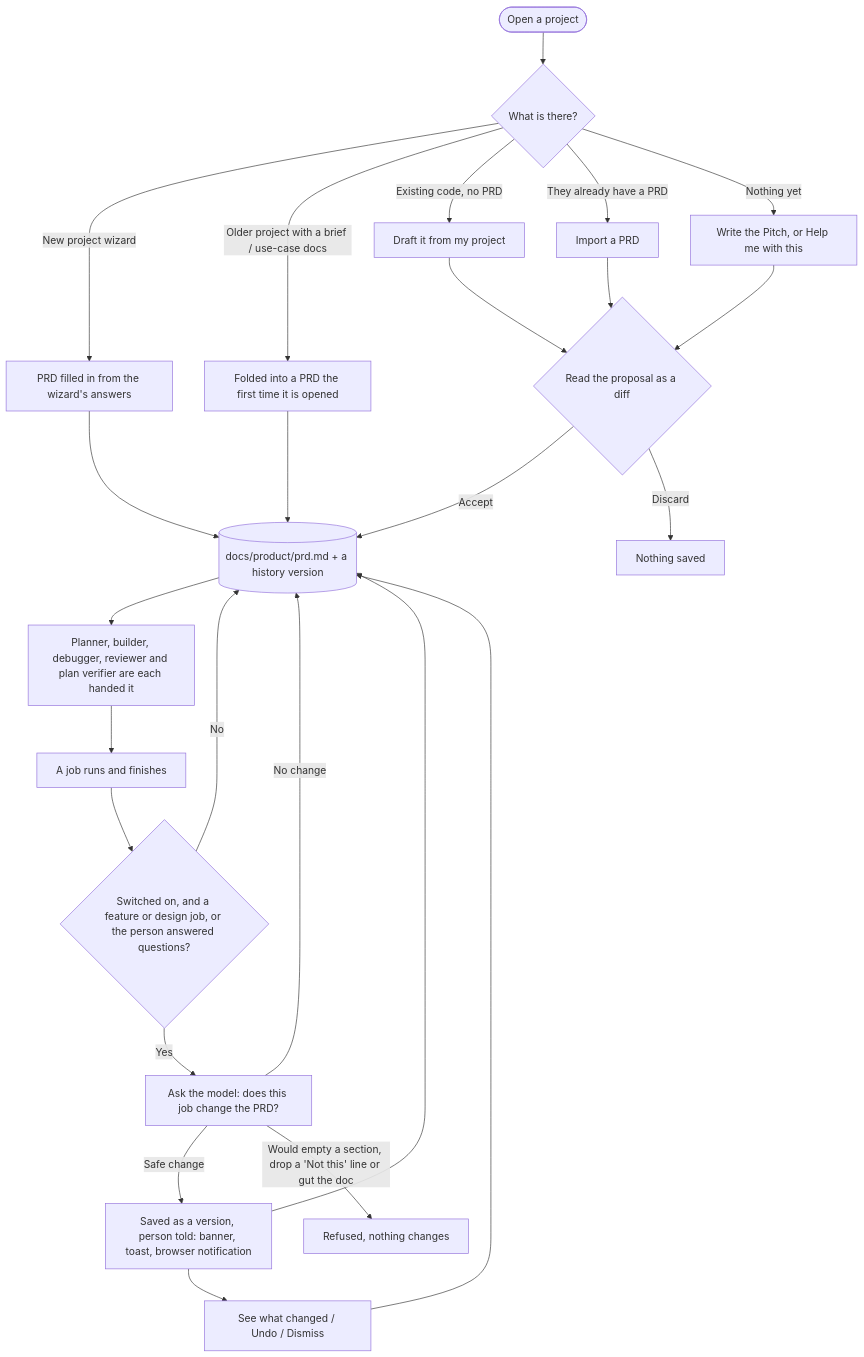
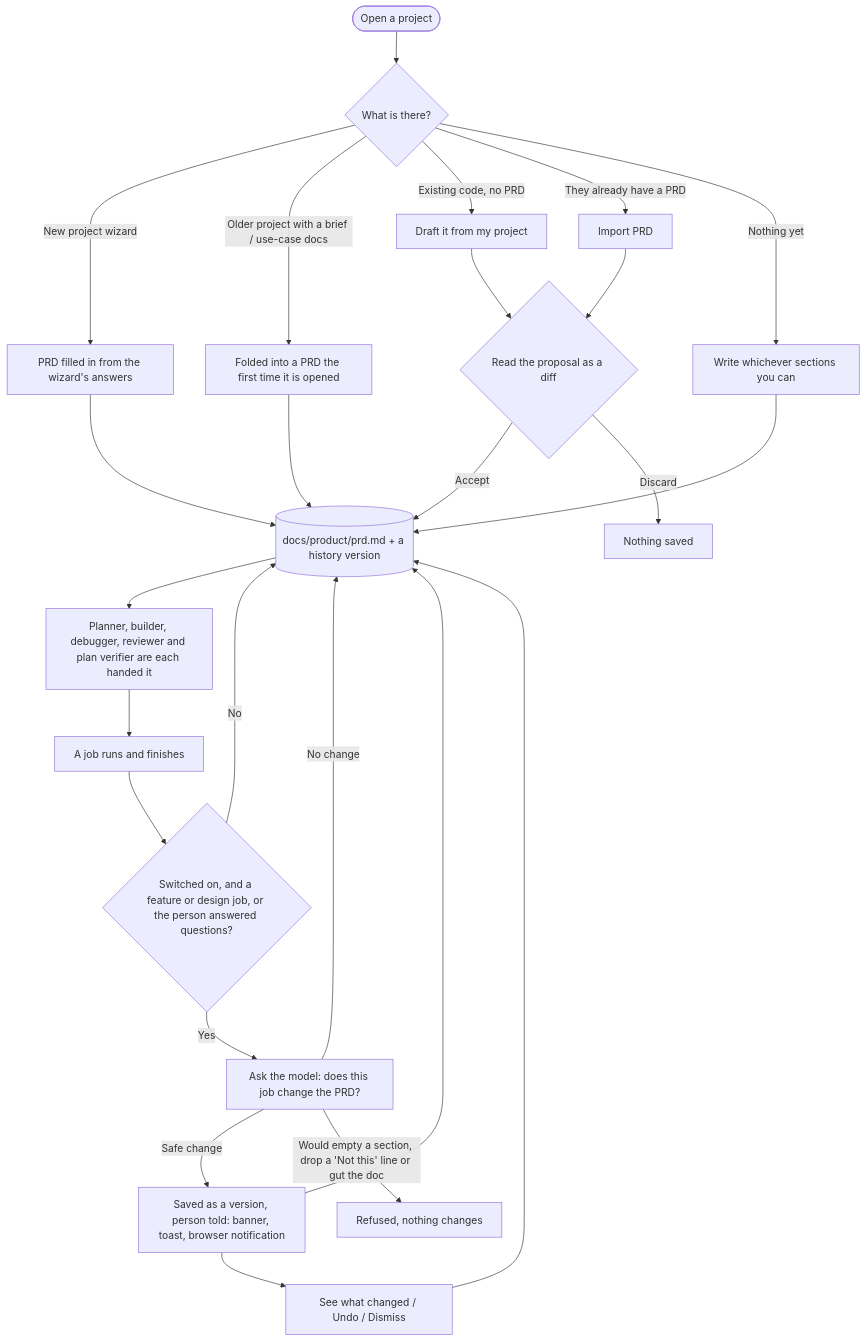
One commit to leemosupreemo/orchestrator changed the diagram in docs/product-requirements.md. Above: the diagram before and after it, drawn with Mermaid. The commit also changed other lines of this file and 11 other files, not shown here.

First line of the commit message:
feat(product): spinner, drag-and-drop import, background model work; drop Help me; all optional

````diff
--- a/docs/product-requirements.md
+++ b/docs/product-requirements.md
@@ -23,27 +23,27 @@
 ```mermaid
 flowchart TD
     start([Open a project]) --> kind{What is there?}
     kind -->|New project wizard| wiz[PRD filled in from the wizard's answers]
     kind -->|Older project with a brief / use-case docs| mig[Folded into a PRD the first time it is opened]
     kind -->|Existing code, no PRD| draft[Draft it from my project]
-    kind -->|They already have a PRD| imp[Import a PRD]
-    kind -->|Nothing yet| write[Write the Pitch, or Help me with this]
+    kind -->|They already have a PRD| imp[Import PRD]
+    kind -->|Nothing yet| write[Write whichever sections you can]
     draft --> review{Read the proposal as a diff}
     imp --> review
-    write --> review
+    write --> doc
     review -->|Accept| doc[(docs/product/prd.md + a history version)]
     review -->|Discard| none[Nothing saved]
     wiz --> doc
     mig --> doc
     doc --> use[Planner, builder, debugger, reviewer and plan verifier are each handed it]
     use --> job[A job runs and finishes]
     job --> check{Switched on, and a feature or design job, or the person answered questions?}
     check -->|No| doc
     check -->|Yes| ask[Ask the model: does this job change the PRD?]
     ask -->|No change| doc
     ask -->|Safe change| upd[Saved as a version, person told: banner, toast, browser notification]
     ask -->|Would empty a section, drop a 'Not this' line or gut the doc| rej[Refused, nothing changes]
     upd --> doc
     upd --> undo[See what changed / Undo / Dismiss]
     undo --> doc
 ```
````
